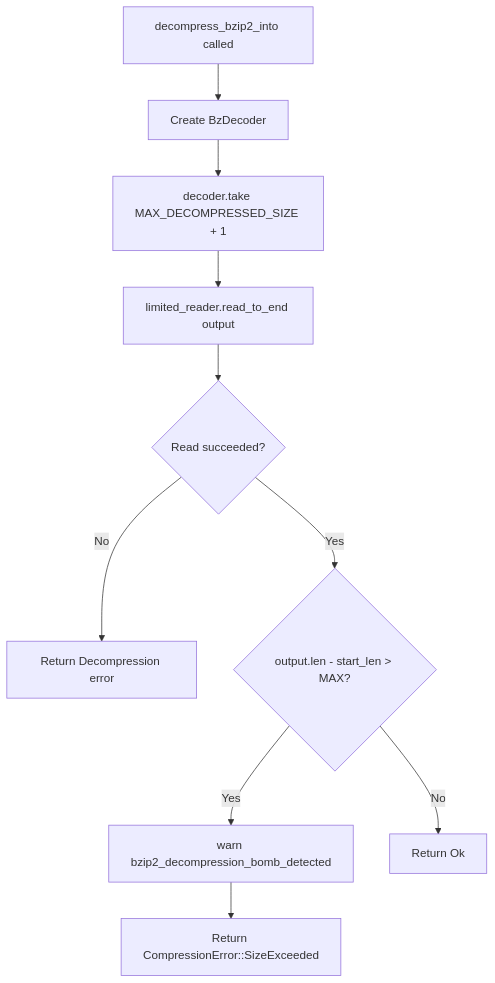
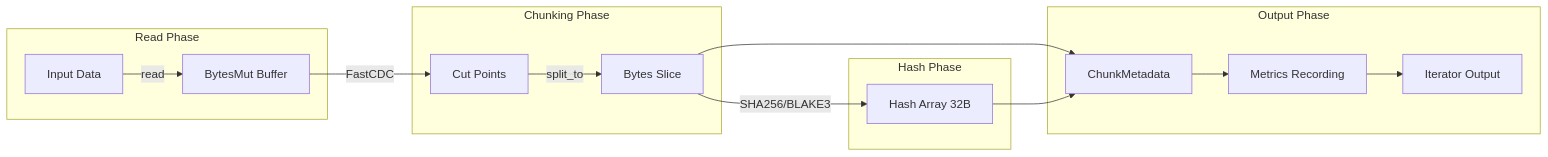
One commit to FlakeCache/chunker changed the second of 2 diagrams in .claude/specs/chunker-improvements/design.md. Above: the diagram before and after it, drawn with Mermaid. The commit also changed other lines of this file and 22 other files, not shown here.

````diff
--- a/.claude/specs/chunker-improvements/design.md
+++ b/.claude/specs/chunker-improvements/design.md
@@ -827,12 +78,22 @@
 ```mermaid
-flowchart TD
-    A[decompress_bzip2_into called] --> B[Create BzDecoder]
-    B --> C[decoder.take MAX_DECOMPRESSED_SIZE + 1]
-    C --> D[limited_reader.read_to_end output]
-    D --> E{Read succeeded?}
-    E -->|No| F[Return Decompression error]
-    E -->|Yes| G{output.len - start_len > MAX?}
-    G -->|Yes| H[warn bzip2_decompression_bomb_detected]
-    H --> I[Return CompressionError::SizeExceeded]
-    G -->|No| J[Return Ok]
+graph LR
+    subgraph "Read Phase"
+        A[Input Data] -->|read| B[BytesMut Buffer]
+    end
+
+    subgraph "Chunking Phase"
+        B -->|FastCDC| C[Cut Points]
+        C -->|split_to| D[Bytes Slice]
+    end
+
+    subgraph "Hash Phase"
+        D -->|SHA256/BLAKE3| E[Hash Array 32B]
+    end
+
+    subgraph "Output Phase"
+        D --> F[ChunkMetadata]
+        E --> F
+        F --> G[Metrics Recording]
+        G --> H[Iterator Output]
+    end
 ```
````
